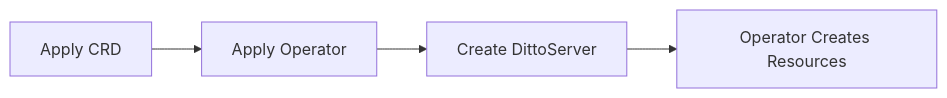
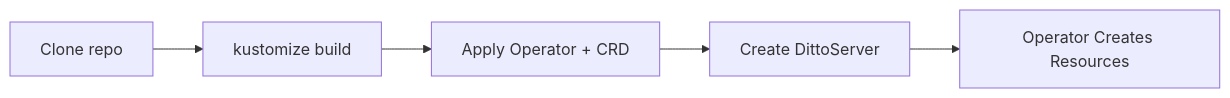
One commit to esignoretti/dittofs changed the diagram in k8s/dittofs-operator/docs/INSTALL.md. Above: the diagram before and after it, drawn with Mermaid. The commit also changed other lines of this file and 2 other files, not shown here.

First line of the commit message:
docs: fix operator install path (kustomize build), drop stale jwt.issuer doc (v1.0 audit) (#971)

````diff
--- a/k8s/dittofs-operator/docs/INSTALL.md
+++ b/k8s/dittofs-operator/docs/INSTALL.md
@@ -40,6 +42,7 @@
 ```mermaid
 graph LR
-    A[Apply CRD] --> B[Apply Operator]
-    B --> C[Create DittoServer]
-    C --> D[Operator Creates Resources]
+    A[Clone repo] --> B[kustomize build]
+    B --> C[Apply Operator + CRD]
+    C --> D[Create DittoServer]
+    D --> E[Operator Creates Resources]
 ```
````
